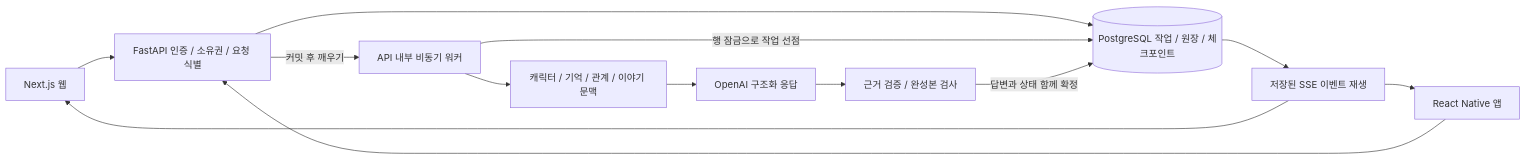
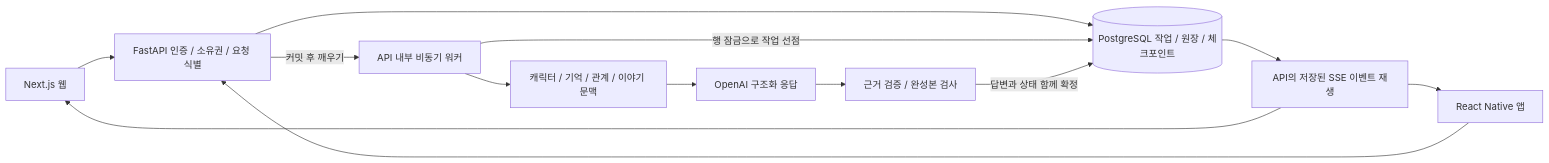
One commit to kwakhyun/talevi changed the diagram in docs/portfolio/ENGINEERING.md. Above: the diagram before and after it, drawn with Mermaid. The commit also changed other lines of this file and 3 other files, not shown here.

Commit message:
docs: clarify portfolio architecture and validation scope

````diff
--- a/docs/portfolio/ENGINEERING.md
+++ b/docs/portfolio/ENGINEERING.md
@@ -9,15 +9,15 @@
 ```mermaid
 flowchart LR
   W[Next.js 웹] --> A[FastAPI 인증 / 소유권 / 요청 식별]
   N[React Native 앱] --> A
   A --> T[(PostgreSQL 작업 / 원장 / 체크포인트)]
   A -->|커밋 후 깨우기| Q[API 내부 비동기 워커]
   Q -->|행 잠금으로 작업 선점| T
   Q --> C[캐릭터 / 기억 / 관계 / 이야기 문맥]
   C --> L[OpenAI 구조화 응답]
   L --> V[근거 검증 / 완성본 검사]
   V -->|답변과 상태 함께 확정| T
-  T --> S[저장된 SSE 이벤트 재생]
+  T --> S[API의 저장된 SSE 이벤트 재생]
   S --> W
   S --> N
 ```
````
